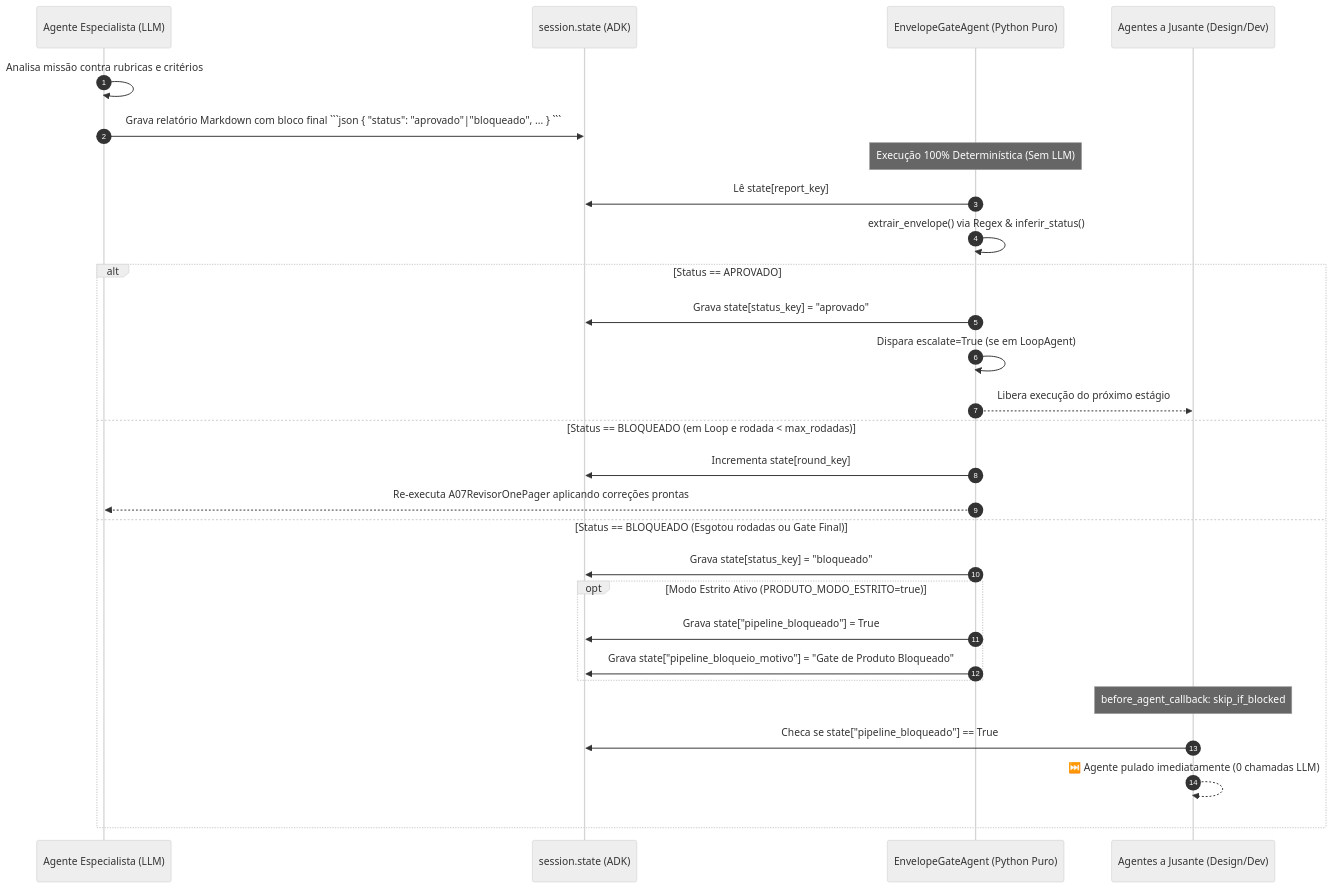
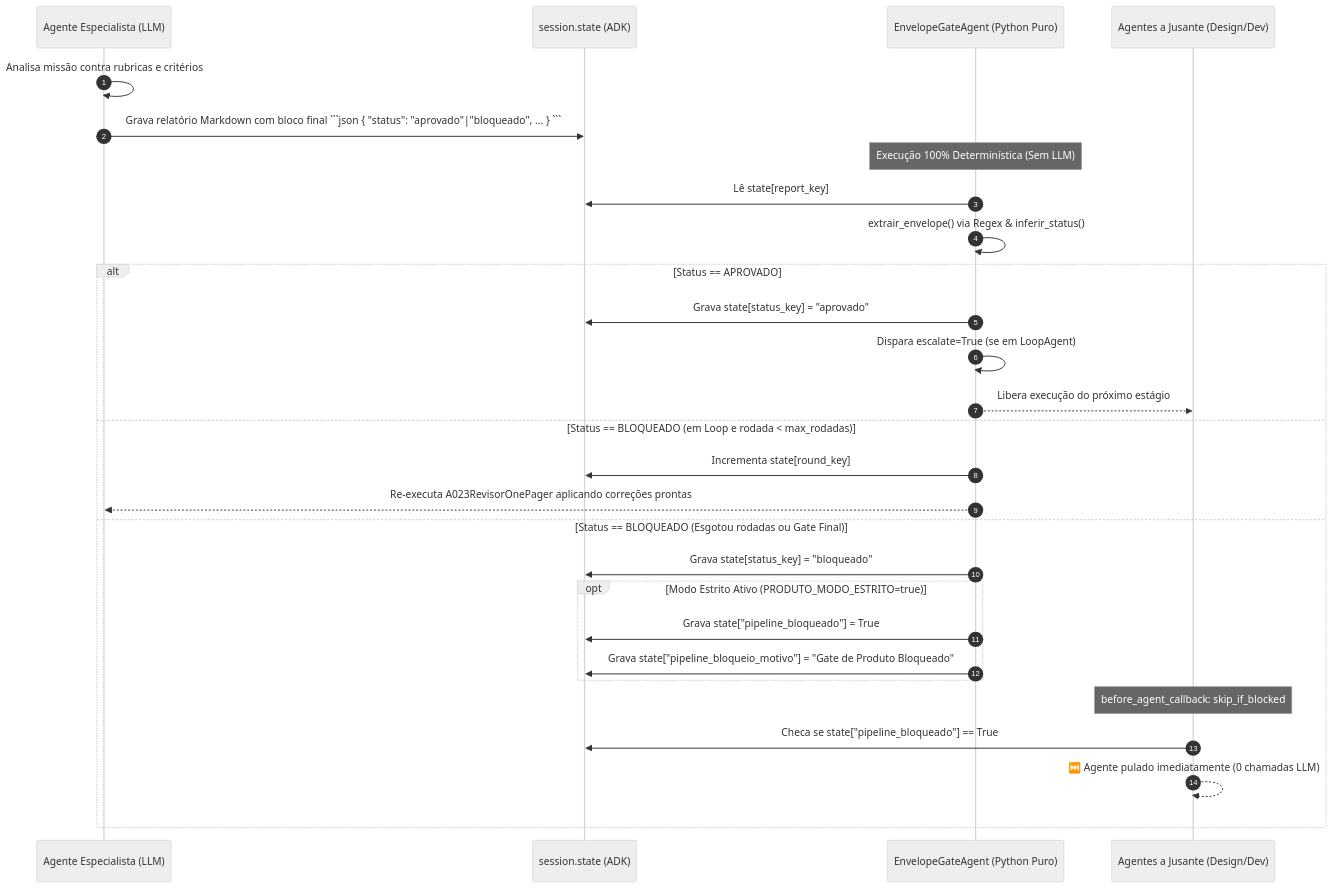
The third of 3 diagrams in README.md (lucas-salomao-unooria/gerador-missoes), drawn with Mermaid (neutral theme) before and after one commit. The commit also changed other lines of this file and 91 other files, not shown here.

````diff
--- a/README.md
+++ b/README.md
@@ -345,33 +345,33 @@
 ```mermaid
 sequenceDiagram
     autonumber
     participant LLM as Agente Especialista (LLM)
     participant State as session.state (ADK)
     participant Gate as EnvelopeGateAgent (Python Puro)
     participant Downstream as Agentes a Jusante (Design/Dev)
 
     LLM->>LLM: Analisa missão contra rubricas e critérios
     LLM->>State: Grava relatório Markdown com bloco final ```json { "status": "aprovado"|"bloqueado", ... } ```
     
     Note over Gate: Execução 100% Determinística (Sem LLM)
     Gate->>State: Lê state[report_key]
     Gate->>Gate: extrair_envelope() via Regex & inferir_status()
     
     alt Status == APROVADO
         Gate->>State: Grava state[status_key] = "aprovado"
         Gate->>Gate: Dispara escalate=True (se em LoopAgent)
         Gate-->>Downstream: Libera execução do próximo estágio
     else Status == BLOQUEADO (em Loop e rodada < max_rodadas)
         Gate->>State: Incrementa state[round_key]
-        Gate-->>LLM: Re-executa A07RevisorOnePager aplicando correções prontas
+        Gate-->>LLM: Re-executa A023RevisorOnePager aplicando correções prontas
     else Status == BLOQUEADO (Esgotou rodadas ou Gate Final)
         Gate->>State: Grava state[status_key] = "bloqueado"
         opt Modo Estrito Ativo (PRODUTO_MODO_ESTRITO=true)
             Gate->>State: Grava state["pipeline_bloqueado"] = True
             Gate->>State: Grava state["pipeline_bloqueio_motivo"] = "Gate de Produto Bloqueado"
         end
         Note over Downstream: before_agent_callback: skip_if_blocked
         Downstream->>State: Checa se state["pipeline_bloqueado"] == True
         Downstream-->>Downstream: ⏭️ Agente pulado imediatamente (0 chamadas LLM)
     end
 ```
````
